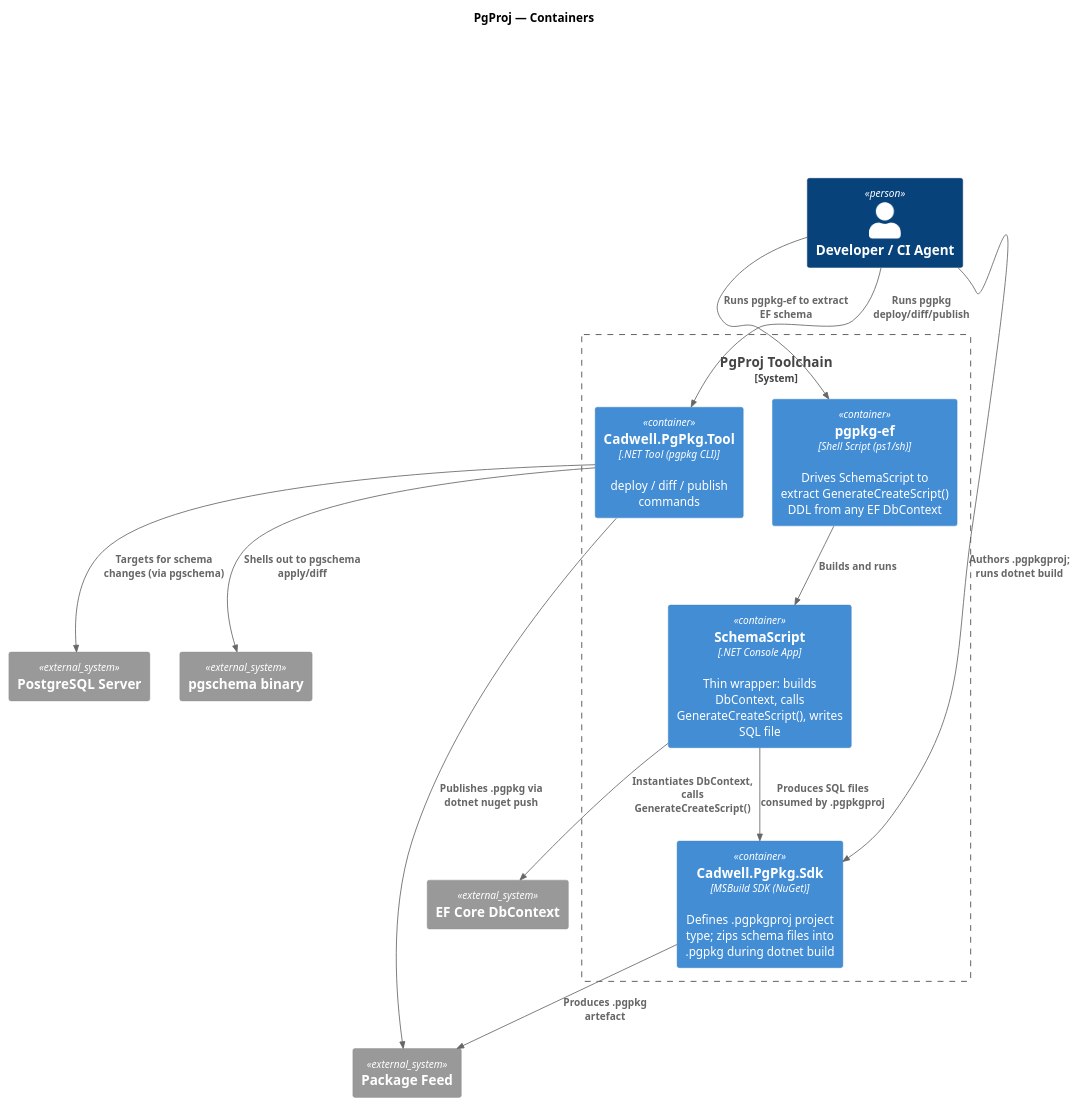
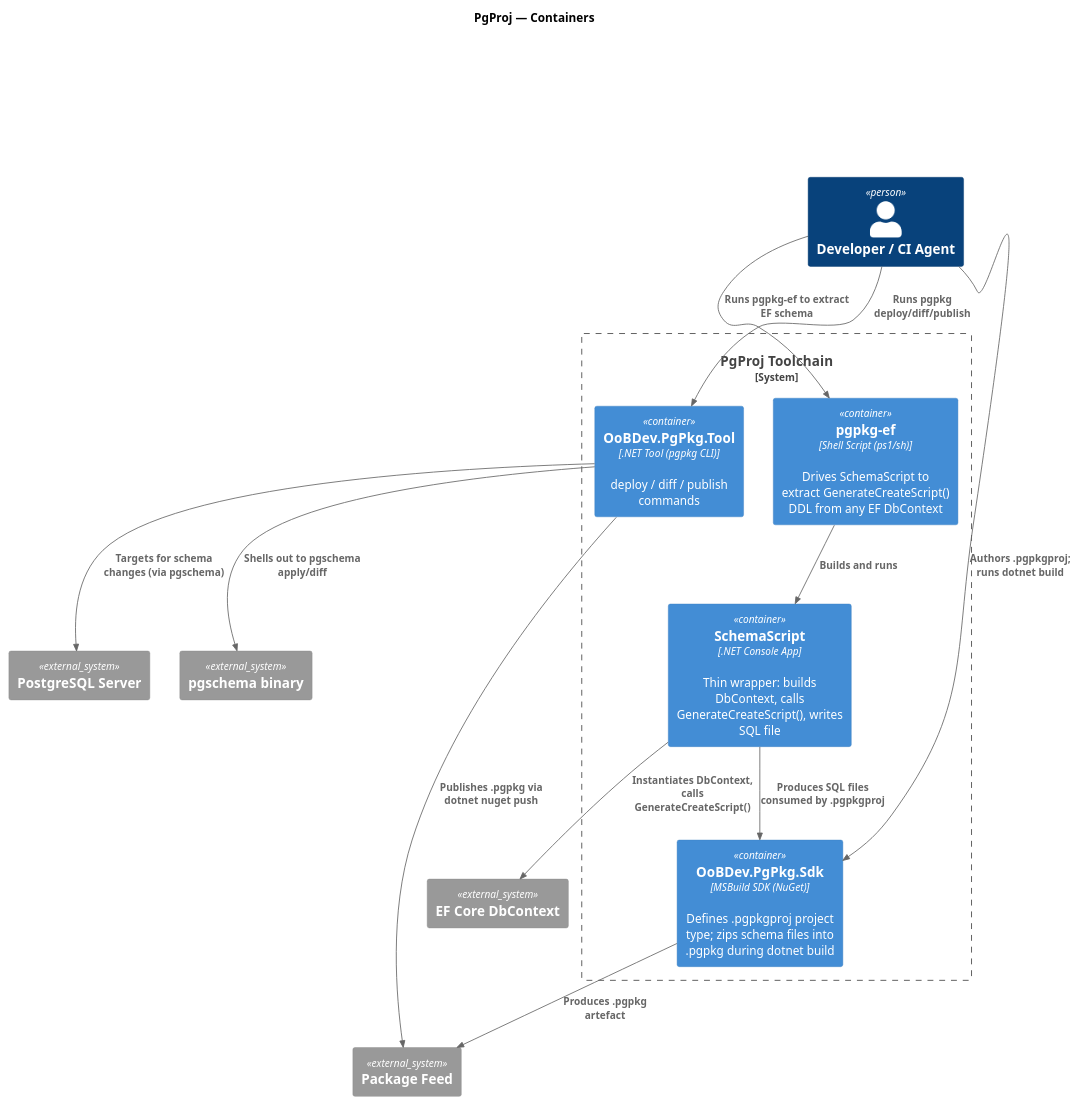
One commit to Mwwhited-BookLearning/PgPlayground changed the second of 4 diagrams in docs/architecture.md. Above: the diagram before and after it, drawn with PlantUML. The commit also changed other lines of this file and 38 other files, not shown here.

First line of the commit message:
Rename Cadwell.PgPkg.* to OoBDev.PgPkg.*

````diff
--- a/docs/architecture.md
+++ b/docs/architecture.md
@@ -35,34 +35,34 @@
 ```plantuml
 @startuml C4_Container
 !include https://raw.githubusercontent.com/plantuml-stdlib/C4-PlantUML/master/C4_Container.puml
 
 title PgProj — Containers
 
 Person(dev, "Developer / CI Agent")
 
 System_Boundary(pgproj, "PgProj Toolchain") {
-    Container(sdk,          "Cadwell.PgPkg.Sdk",   "MSBuild SDK (NuGet)",   "Defines .pgpkgproj project type; zips schema files into .pgpkg during dotnet build")
-    Container(tool,         "Cadwell.PgPkg.Tool",  ".NET Tool (pgpkg CLI)", "deploy / diff / publish commands")
+    Container(sdk,          "OoBDev.PgPkg.Sdk",   "MSBuild SDK (NuGet)",   "Defines .pgpkgproj project type; zips schema files into .pgpkg during dotnet build")
+    Container(tool,         "OoBDev.PgPkg.Tool",  ".NET Tool (pgpkg CLI)", "deploy / diff / publish commands")
     Container(eftool,       "pgpkg-ef",            "Shell Script (ps1/sh)", "Drives SchemaScript to extract GenerateCreateScript() DDL from any EF DbContext")
     Container(schemaScript, "SchemaScript",        ".NET Console App",      "Thin wrapper: builds DbContext, calls GenerateCreateScript(), writes SQL file")
 }
 
 System_Ext(postgres, "PostgreSQL Server")
 System_Ext(nuget,    "Package Feed")
 System_Ext(pgschema, "pgschema binary")
 System_Ext(efcore,   "EF Core DbContext")
 
 Rel(dev,          sdk,          "Authors .pgpkgproj; runs dotnet build")
 Rel(dev,          tool,         "Runs pgpkg deploy/diff/publish")
 Rel(dev,          eftool,       "Runs pgpkg-ef to extract EF schema")
 
 Rel(sdk,          nuget,        "Produces .pgpkg artefact")
 Rel(tool,         pgschema,     "Shells out to pgschema apply/diff")
 Rel(tool,         postgres,     "Targets for schema changes (via pgschema)")
 Rel(tool,         nuget,        "Publishes .pgpkg via dotnet nuget push")
 Rel(eftool,       schemaScript, "Builds and runs")
 Rel(schemaScript, efcore,       "Instantiates DbContext, calls GenerateCreateScript()")
 Rel(schemaScript, sdk,          "Produces SQL files consumed by .pgpkgproj")
 
 @enduml
 ```
````
